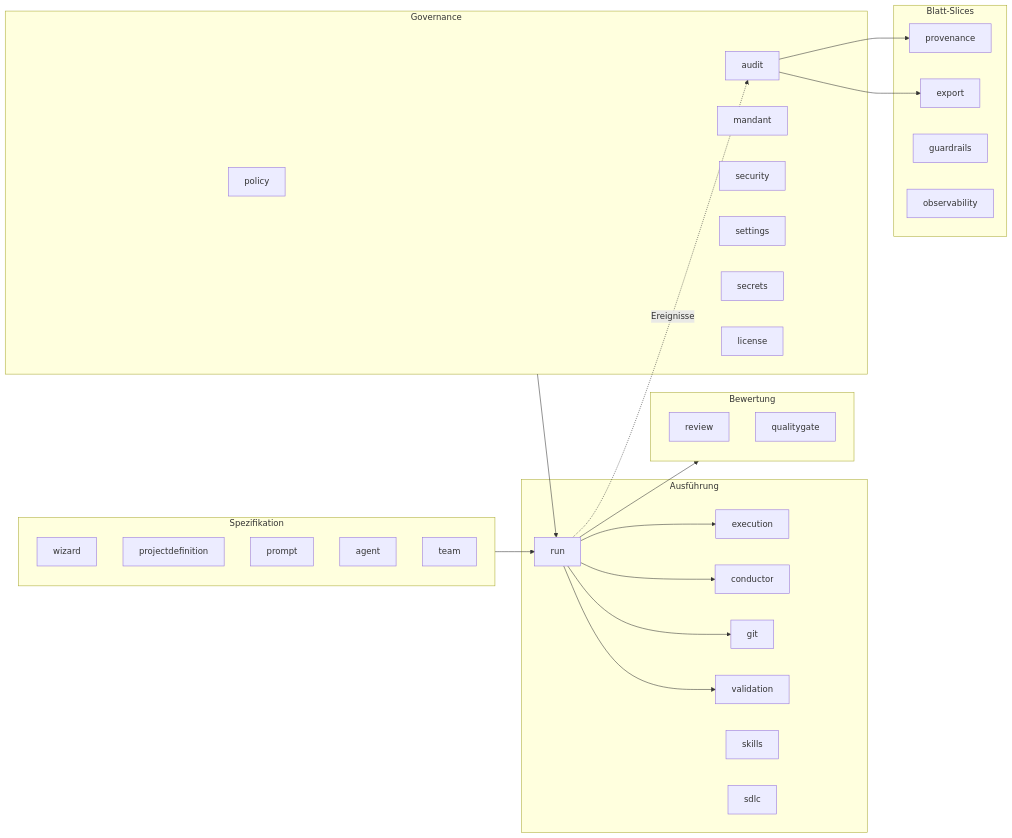
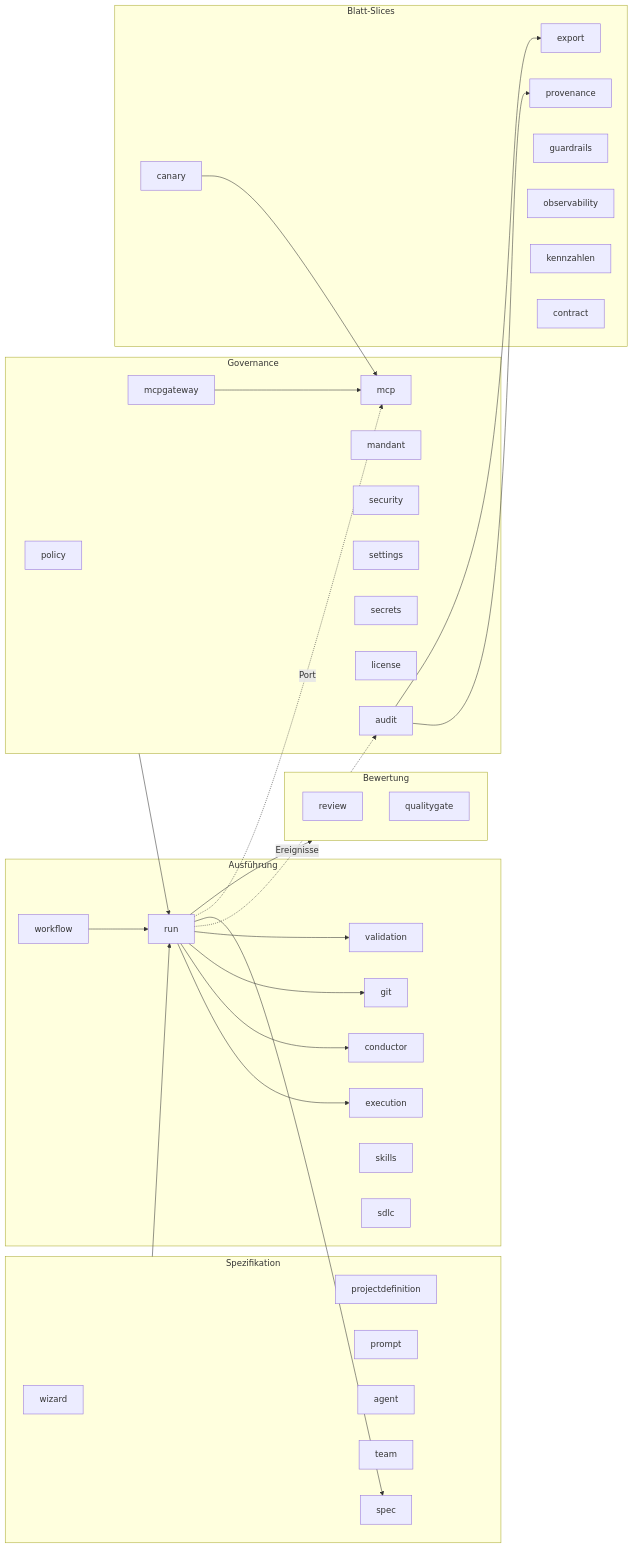
Before and after one commit to mjanda0815/agentic-publikation: the third of 10 diagrams in quellen/softwarefabrik/03-systemdiagramme.md, drawn with Mermaid. The commit also changed other lines of this file and 57 other files, not shown here.

First line of the commit message:
Version 3.1: Abgleich auf SoftwareFabrik 0.38.0 (Spec-Driven Development, MCP-Absicherung, Offline-Verifier) (#1)

````diff
--- a/quellen/softwarefabrik/03-systemdiagramme.md
+++ b/quellen/softwarefabrik/03-systemdiagramme.md
@@ -91,53 +103,65 @@
 ```mermaid
 flowchart LR
     subgraph SPEC["Spezifikation"]
         WIZ[wizard]
         PD[projectdefinition]
         PR[prompt]
         AG[agent]
         TE[team]
+        SPC[spec]
     end
 
     subgraph EXEC["Ausführung"]
         RUN[run]
         EX[execution]
         CON[conductor]
         GT[git]
         VAL[validation]
         SK[skills]
         SD[sdlc]
+        WF[workflow]
     end
 
     subgraph QUAL["Bewertung"]
         REV[review]
         QG[qualitygate]
     end
 
     subgraph GOV["Governance"]
         POL[policy]
         AUD[audit]
         MAN[mandant]
         SECU[security]
         SET[settings]
         SECR[secrets]
         LIC[license]
+        MCP[mcp]
+        MCPG[mcpgateway]
     end
 
     subgraph LEAF["Blatt-Slices"]
         PROV[provenance]
         EXP[export]
         GR[guardrails]
         OBS[observability]
+        KZ[kennzahlen]
+        CT[contract]
+        CAN[canary]
     end
 
     SPEC --> RUN
     RUN --> EX
     RUN --> CON
     RUN --> GT
     RUN --> VAL
     RUN --> QUAL
     GOV --> RUN
     RUN -.Ereignisse.-> AUD
     AUD --> PROV
     AUD --> EXP
+    WF --> RUN
+    RUN --> SPC
+    RUN -.Port.-> MCP
+    MCPG --> MCP
+    CAN --> MCP
 ```
````
